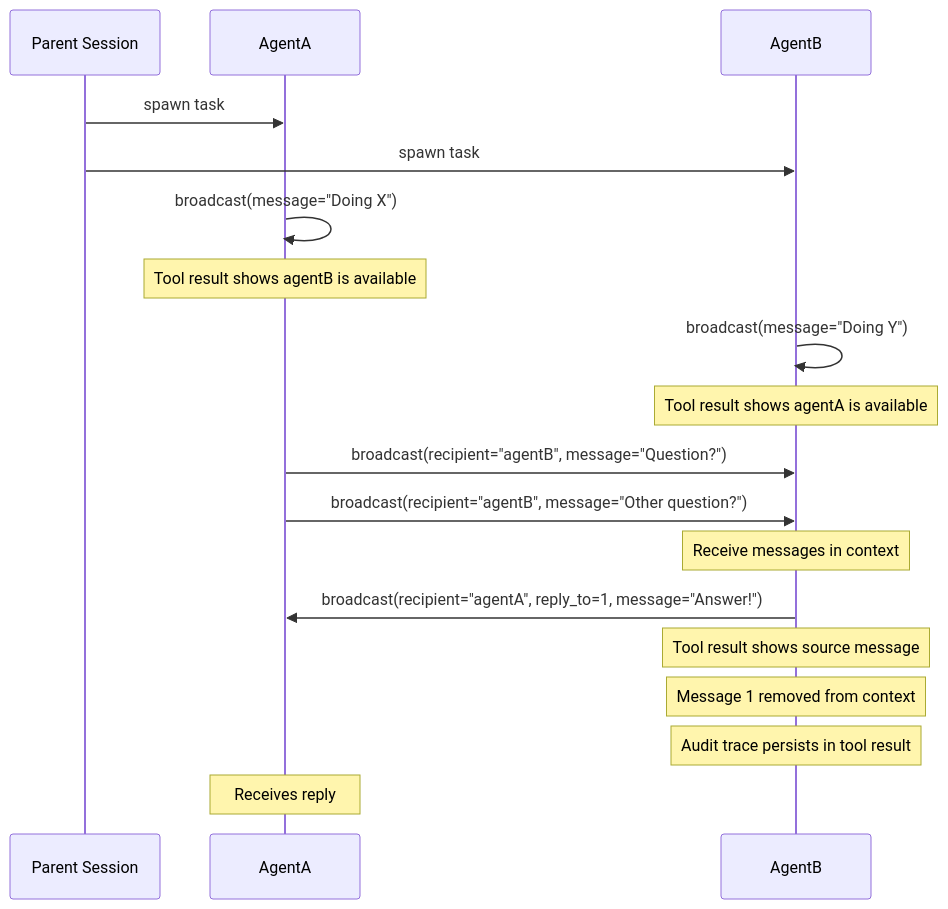
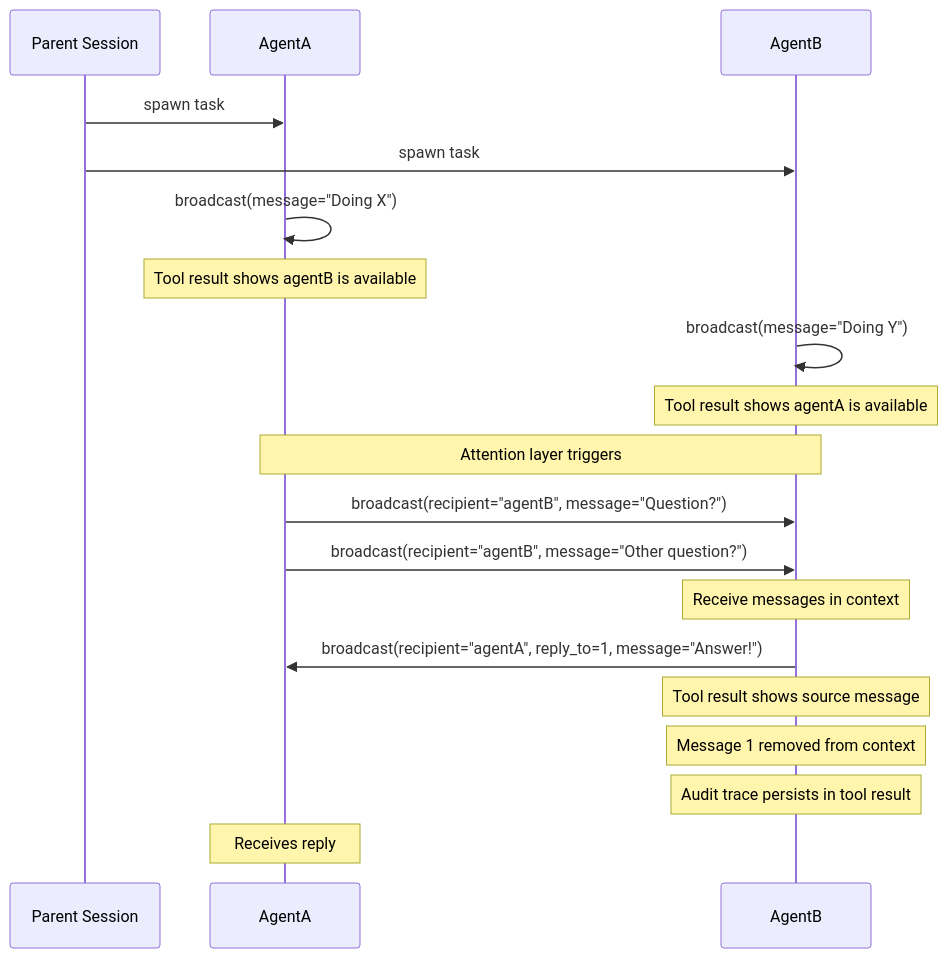
Before and after one commit to spoons-and-mirrors/iam: the diagram in README.md, drawn with Mermaid. The commit also changed other lines of this file, not shown here.

````diff
--- a/README.md
+++ b/README.md
@@ -11,27 +11,29 @@
 ```mermaid
 sequenceDiagram
     participant Parent as Parent Session
     participant A as AgentA
     participant B as AgentB
 
     Parent->>A: spawn task
     Parent->>B: spawn task
 
     A->>A: broadcast(message="Doing X")
     Note over A: Tool result shows agentB is available
 
     B->>B: broadcast(message="Doing Y")
     Note over B: Tool result shows agentA is available
 
+    Note over A,B: Attention layer triggers
+
     A->>B: broadcast(recipient="agentB", message="Question?")
     A->>B: broadcast(recipient="agentB", message="Other question?")
 
     Note over B: Receive messages in context
 
     B->>A: broadcast(recipient="agentA", reply_to=1, message="Answer!")
     Note over B: Tool result shows source message
     Note over B: Message 1 removed from context
     Note over B: Audit trace persists in tool result
 
     Note over A: Receives reply
 ```
````
